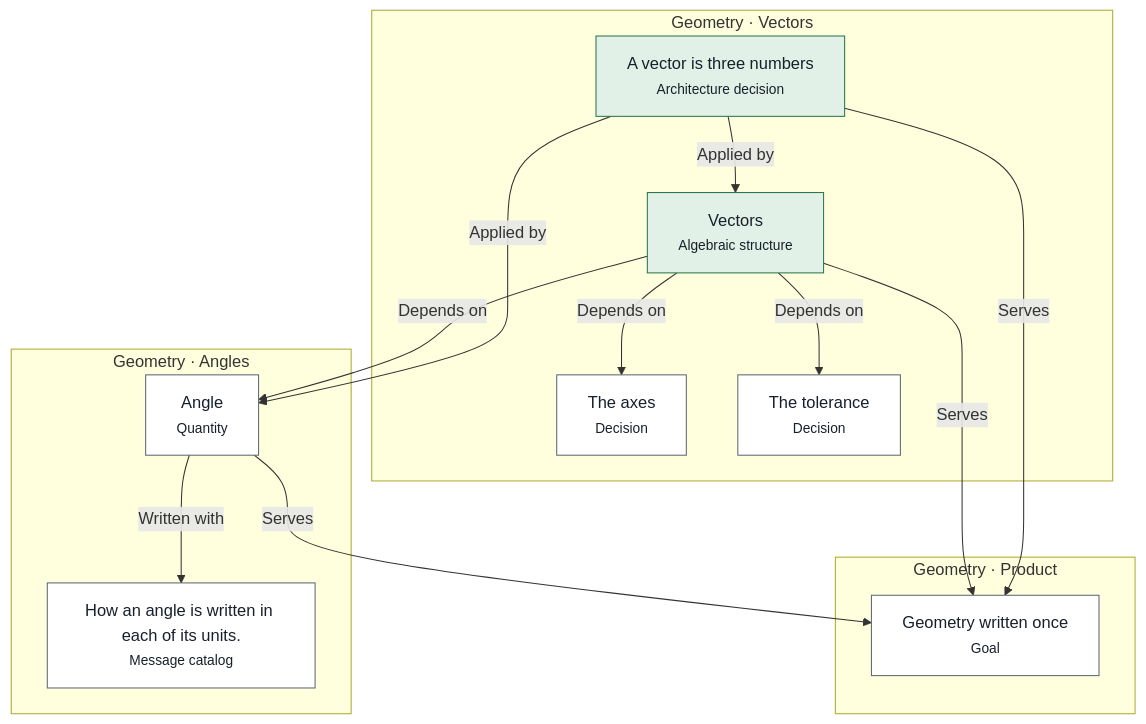
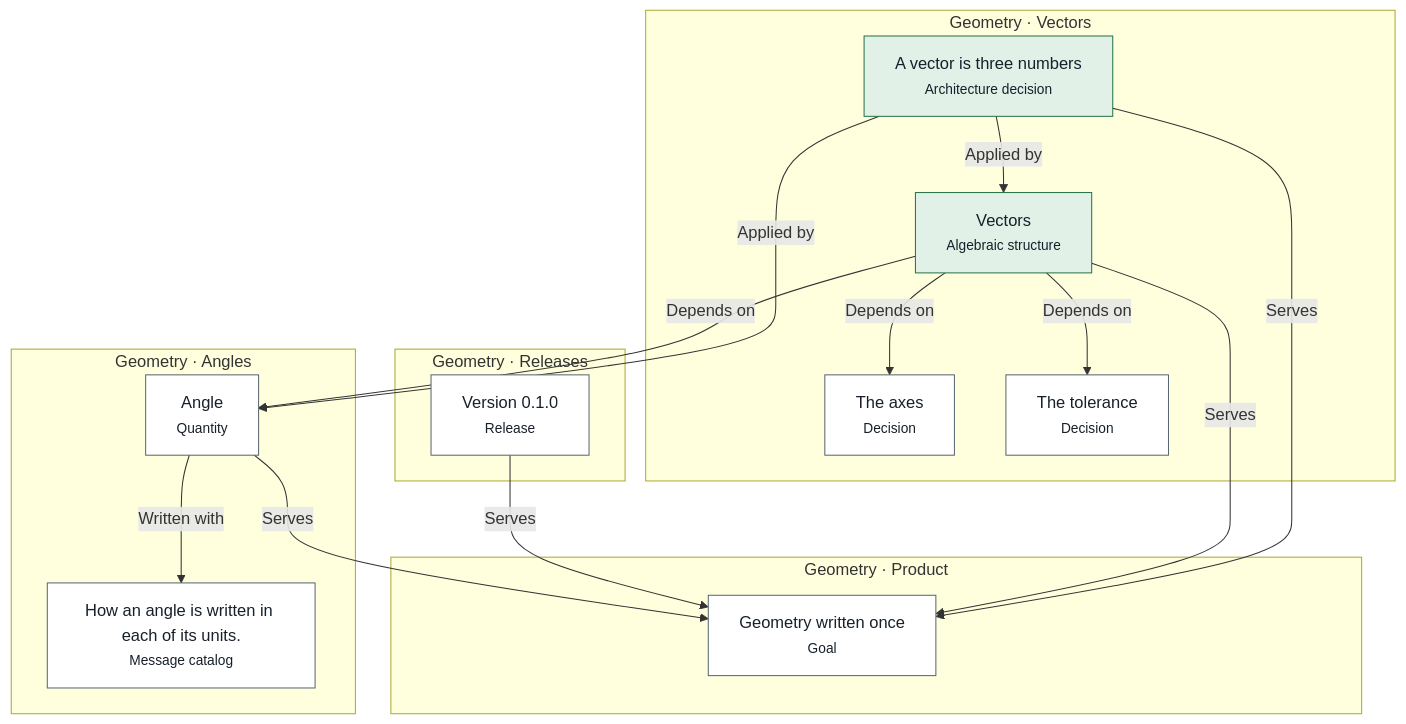
One commit to advancedcognitivesystems-ai/trame changed the diagram in libs/geometry/docs/layers.md. Above: the diagram before and after it, drawn with Mermaid. The commit also changed 133 other files, not shown here.

````diff
--- a/libs/geometry/docs/layers.md
+++ b/libs/geometry/docs/layers.md
@@ -5,30 +5,34 @@
 ```mermaid
 flowchart TB
   subgraph angles["Geometry · Angles"]
     n0["Angle<br/><small>Quantity</small>"]:::neutral
     n1["How an angle is written in each of its units.<br/><small>Message catalog</small>"]:::neutral
   end
   subgraph product["Geometry · Product"]
     n2["Geometry written once<br/><small>Goal</small>"]:::neutral
   end
+  subgraph releases["Geometry · Releases"]
+    n3["Version 0.1.0<br/><small>Release</small>"]:::neutral
+  end
   subgraph vectors["Geometry · Vectors"]
-    n3["The axes<br/><small>Decision</small>"]:::neutral
-    n4["The tolerance<br/><small>Decision</small>"]:::neutral
-    n5["Vectors<br/><small>Algebraic structure</small>"]:::held
-    n6["A vector is three numbers<br/><small>Architecture decision</small>"]:::held
+    n4["The axes<br/><small>Decision</small>"]:::neutral
+    n5["The tolerance<br/><small>Decision</small>"]:::neutral
+    n6["Vectors<br/><small>Algebraic structure</small>"]:::held
+    n7["A vector is three numbers<br/><small>Architecture decision</small>"]:::held
   end
   n0 -->|Written with| n1
   n0 -->|Serves| n2
-  n5 -->|Serves| n2
-  n5 -->|Depends on| n3
-  n5 -->|Depends on| n4
-  n5 -->|Depends on| n0
+  n3 -->|Serves| n2
   n6 -->|Serves| n2
-  n6 -->|Applied by| n5
-  n6 -->|Applied by| n0
+  n6 -->|Depends on| n4
+  n6 -->|Depends on| n5
+  n6 -->|Depends on| n0
+  n7 -->|Serves| n2
+  n7 -->|Applied by| n6
+  n7 -->|Applied by| n0
   classDef held fill:#e1f1e7,stroke:#26734a,color:#17202a
   classDef blocked fill:#fbf0d9,stroke:#9a6200,color:#17202a
   classDef violated fill:#f9e3e1,stroke:#ad2a22,color:#17202a
   classDef unknown fill:#e9edf0,stroke:#65707c,color:#17202a
   classDef neutral fill:#ffffff,stroke:#5a6672,color:#17202a
 ```
````
